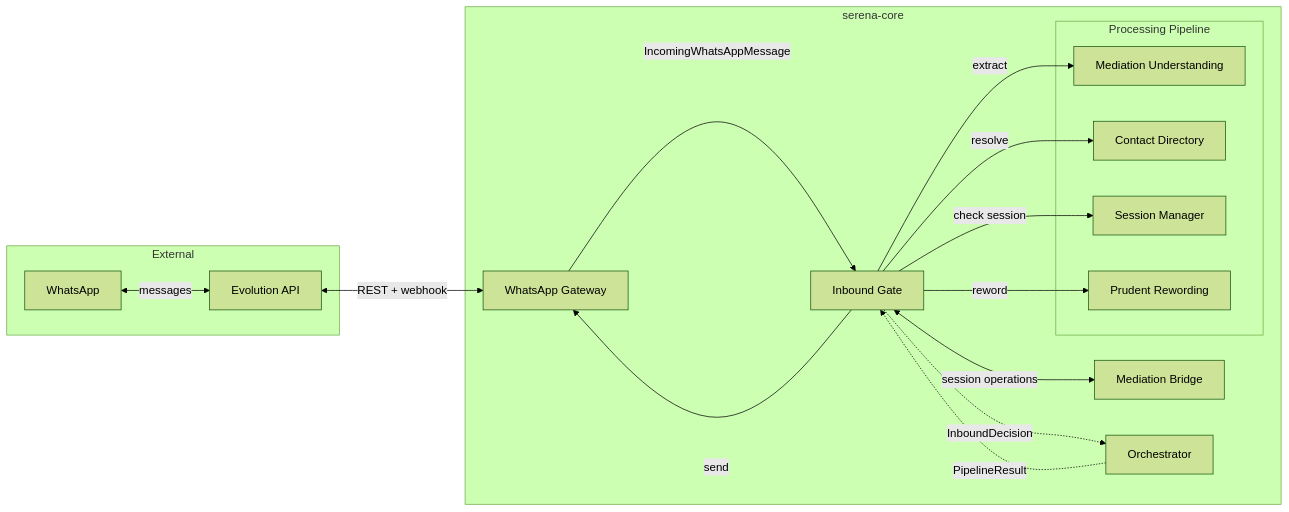
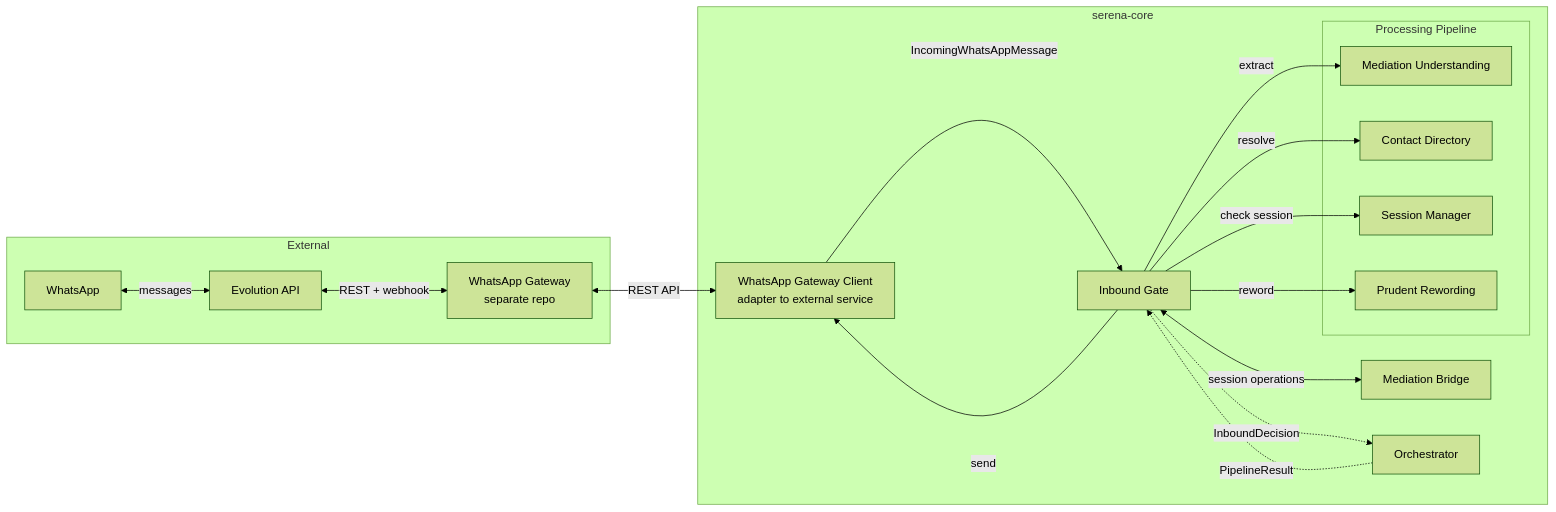
Before and after one commit to jimbbe/Serena: the second of 3 diagrams in docs/t10-mvp-architecture.md, drawn with Mermaid (forest theme). The commit also changed other lines of this file and 9 other files, not shown here.

First line of the commit message:
docs: update all documentation post-T10 review and WhatsApp Gateway separate repo decision

````diff
--- a/docs/t10-mvp-architecture.md
+++ b/docs/t10-mvp-architecture.md
@@ -86,33 +86,35 @@
 ```mermaid
 flowchart LR
     subgraph External
         WA[WhatsApp]
         EVO[Evolution API]
+        WG[WhatsApp Gateway<br/>separate repo]
     end
 
     subgraph serena-core
-        WG[WhatsApp Gateway]
+        WGC[WhatsApp Gateway Client<br/>adapter to external service]
         IG[Inbound Gate]
         subgraph "Processing Pipeline"
             MU[Mediation Understanding]
             CD[Contact Directory]
             SM[Session Manager]
             PR[Prudent Rewording]
         end
         MB[Mediation Bridge]
         ORCH[Orchestrator]
     end
 
     WA <-->|messages| EVO
     EVO <-->|REST + webhook| WG
-    WG -->|IncomingWhatsAppMessage| IG
+    WG <-->|REST API| WGC
+    WGC -->|IncomingWhatsAppMessage| IG
     IG -->|extract| MU
     IG -->|resolve| CD
     IG -->|check session| SM
     IG <-->|session operations| MB
     IG -->|reword| PR
-    IG -->|send| WG
+    IG -->|send| WGC
 
     IG -.->|InboundDecision| ORCH
     ORCH -.->|PipelineResult| IG
 ```
````
